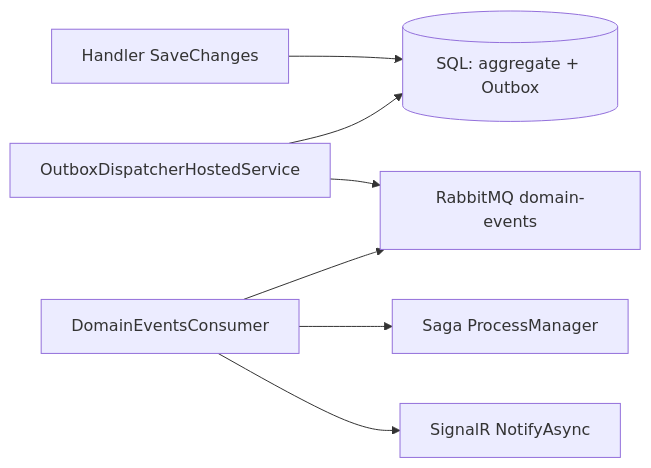
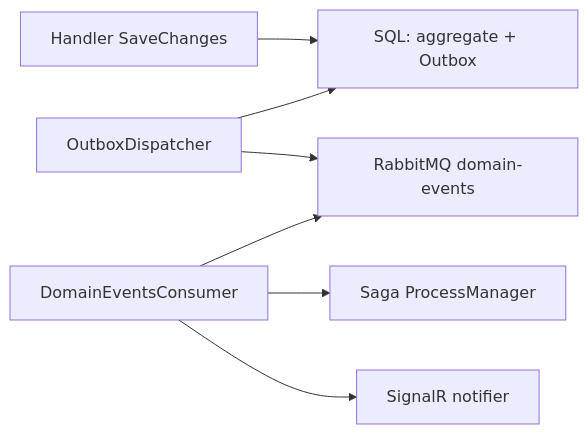
One commit to fdeniz07/BankApp changed the first of 2 diagrams in docs/learning/en/14-outbox-events.md. Above: the diagram before and after it, drawn with Mermaid. The commit also changed other lines of this file and 105 other files, not shown here.

First line of the commit message:
doc: Enrich learning chapters with labs, pitfalls, and safe Mermaid

````diff
--- a/docs/learning/en/14-outbox-events.md
+++ b/docs/learning/en/14-outbox-events.md
@@ -10,9 +14,9 @@
 ```mermaid
 flowchart LR
-  H[Handler SaveChanges] --> DB[(SQL: aggregate + Outbox)]
-  D[OutboxDispatcherHostedService] --> DB
-  D --> RMQ[RabbitMQ domain-events]
-  C[DomainEventsConsumer] --> RMQ
-  C --> PM[Saga ProcessManager]
-  C --> SR[SignalR NotifyAsync]
+  H["Handler SaveChanges"] --> DB["SQL: aggregate + Outbox"]
+  D["OutboxDispatcher"] --> DB
+  D --> RMQ["RabbitMQ domain-events"]
+  C["DomainEventsConsumer"] --> RMQ
+  C --> PM["Saga ProcessManager"]
+  C --> SR["SignalR notifier"]
 ```
````
